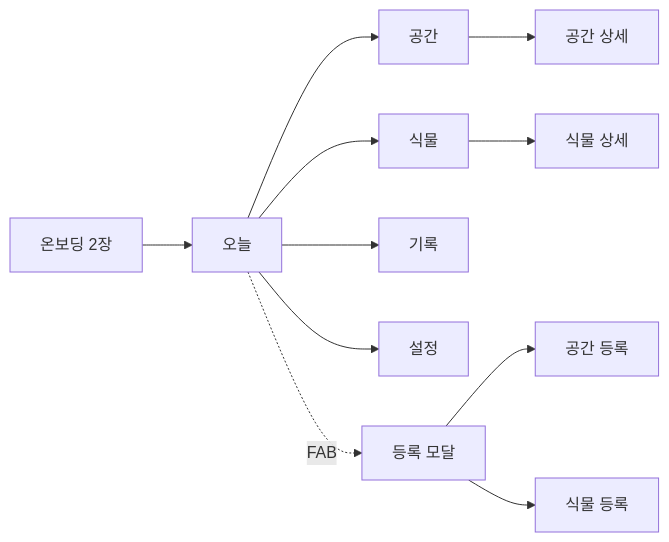
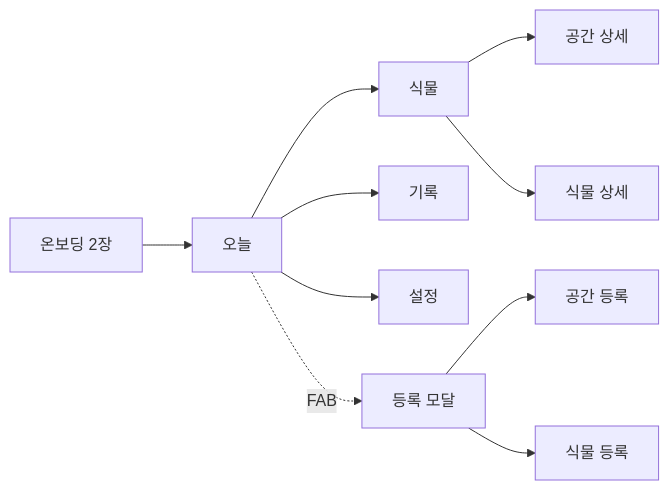
One commit to simonwhere/multtae changed the first of 5 diagrams in SPEC.md. Above: the diagram before and after it, drawn with Mermaid. The commit also changed other lines of this file and 17 other files, not shown here.

````diff
--- a/SPEC.md
+++ b/SPEC.md
@@ -67,13 +67,12 @@
 ```mermaid
 flowchart LR
   ON[온보딩 2장] --> T[오늘]
-  T --> S[공간]
   T --> P[식물]
   T --> R[기록]
   T --> SET[설정]
-  S --> SD[공간 상세]
+  P --> SD[공간 상세]
   P --> PD[식물 상세]
   T -.FAB.-> REG[등록 모달]
   REG --> RS[공간 등록]
   REG --> RP[식물 등록]
 ```
````
